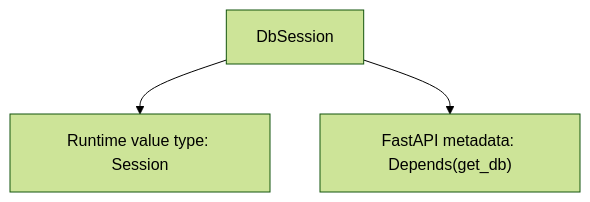
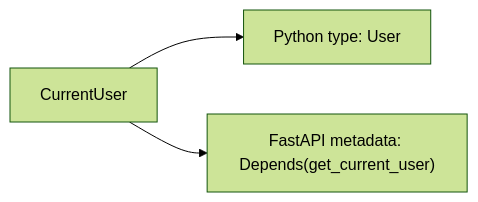
The second of 11 diagrams in src/content/fastapi/dependency-injection-depends.md (AvadhBhalodiya/Interview-Preparation), drawn with Mermaid (forest theme) before and after one commit. The commit also changed other lines of this file and 80 other files, not shown here.

````diff
--- a/src/content/fastapi/dependency-injection-depends.md
+++ b/src/content/fastapi/dependency-injection-depends.md
@@ -331,5 +205,5 @@
 ```mermaid
-flowchart TD
-    A[DbSession] --> B["Runtime value type: Session"]
-    A --> C["FastAPI metadata: Depends(get_db)"]
+flowchart LR
+    A[CurrentUser] --> B["Python type: User"]
+    A --> C["FastAPI metadata: Depends(get_current_user)"]
 ```
````
